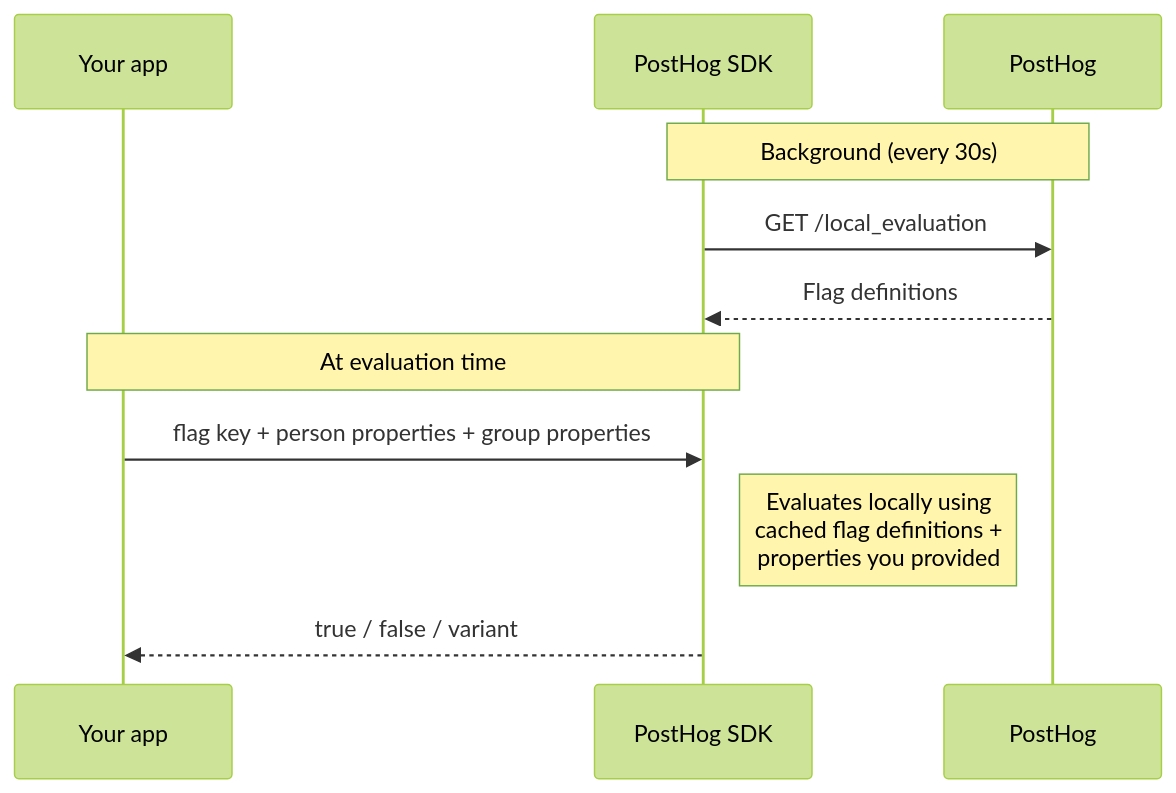
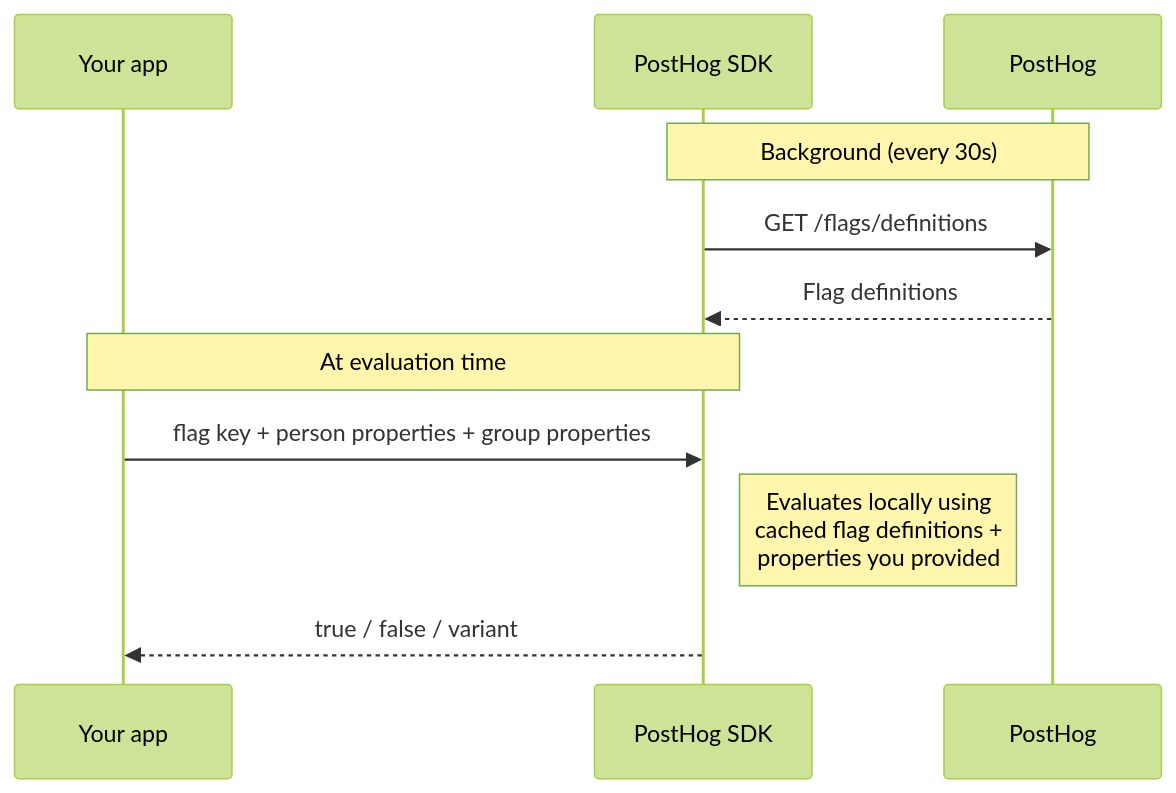
One commit to olorehq/olore changed the second of 2 diagrams in vault/packages/posthog/latest/contents/feature-flags/local-evaluation/index.mdx. Above: the diagram before and after it, drawn with Mermaid (forest theme). The commit also changed other lines of this file and 14210 other files, not shown here.

````diff
--- a/vault/packages/posthog/latest/contents/feature-flags/local-evaluation/index.mdx
+++ b/vault/packages/posthog/latest/contents/feature-flags/local-evaluation/index.mdx
@@ -41,13 +41,13 @@
 ```mermaid
 sequenceDiagram
     participant App as Your app
     participant SDK as PostHog SDK
     participant PH as PostHog
     Note over SDK,PH: Background (every 30s)
-    SDK->>PH: GET /local_evaluation
+    SDK->>PH: GET /flags/definitions
     PH-->>SDK: Flag definitions
     Note over App,SDK: At evaluation time
     App->>SDK: flag key + person properties + group properties
     Note right of SDK: Evaluates locally using<br/>cached flag definitions +<br/>properties you provided
     SDK-->>App: true / false / variant
 ```
````
